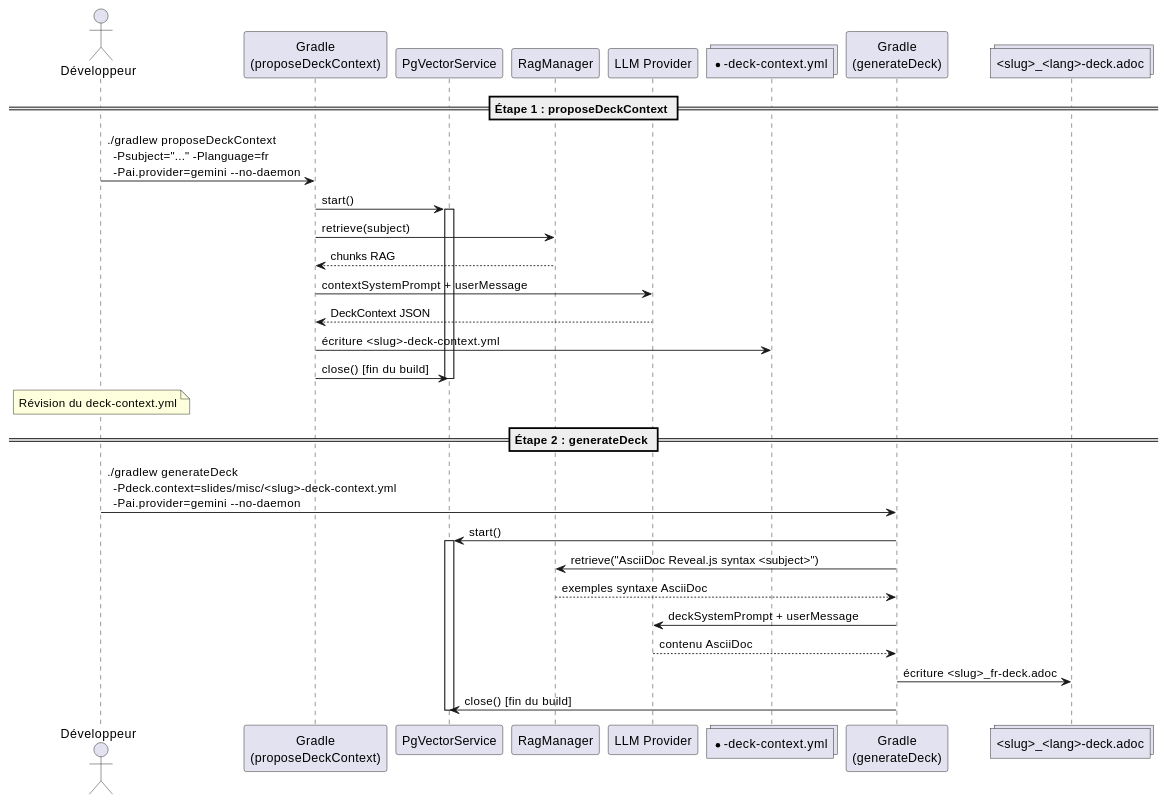
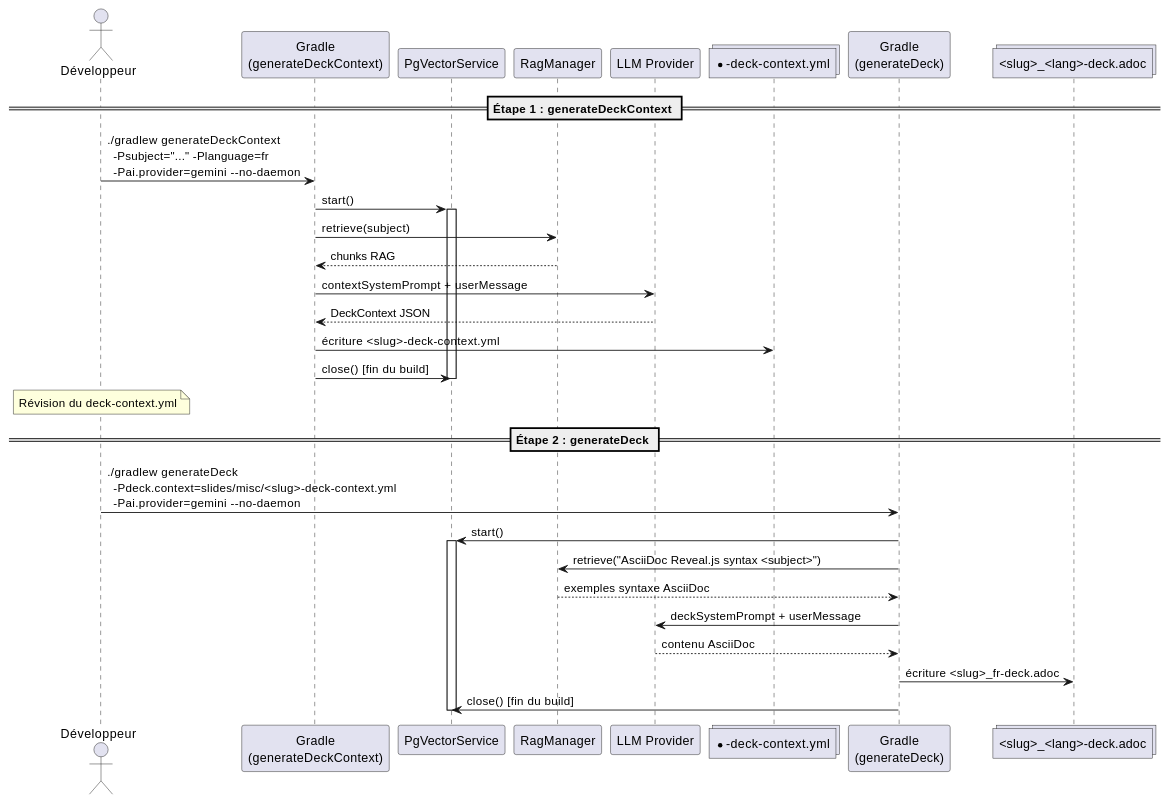
One commit to cheroliv/slider-gradle changed the eighth of 10 diagrams in README_truth_fr.adoc. Above: the diagram before and after it, drawn with PlantUML. The commit also changed other lines of this file and 13 other files, not shown here.

Commit message:
EPIC K K-1: renommage taxonomie (generateSlides, generateDashboard, deploySlides, generateCapsule, generateDeckContext, collectRagIndex) + groupes

```diff
--- a/README_truth_fr.adoc
+++ b/README_truth_fr.adoc
@@ -523,43 +523,43 @@
 [plantuml]
 ----
 @startuml
 actor Développeur
 
-participant "Gradle\n(proposeDeckContext)" as Propose
+participant "Gradle\n(generateDeckContext)" as Propose
 participant "PgVectorService" as PGS
 participant "RagManager" as RAG
 participant "LLM Provider" as LLM
 collections "*-deck-context.yml" as CtxFile
 
 participant "Gradle\n(generateDeck)" as Generate
 collections "<slug>_<lang>-deck.adoc" as DeckFile
 
-== Étape 1 : proposeDeckContext ==
+== Étape 1 : generateDeckContext ==
 
-Développeur -> Propose : ./gradlew proposeDeckContext\n  -Psubject="..." -Planguage=fr\n  -Pai.provider=gemini --no-daemon
+Développeur -> Propose : ./gradlew generateDeckContext\n  -Psubject="..." -Planguage=fr\n  -Pai.provider=gemini --no-daemon
 Propose -> PGS : start()
 activate PGS
 Propose -> RAG : retrieve(subject)
 RAG --> Propose : chunks RAG
 Propose -> LLM : contextSystemPrompt + userMessage
 LLM --> Propose : DeckContext JSON
 Propose -> CtxFile : écriture <slug>-deck-context.yml
 Propose -> PGS : close() [fin du build]
 deactivate PGS
 
 note over Développeur : Révision du deck-context.yml
 
 == Étape 2 : generateDeck ==
 
 Développeur -> Generate : ./gradlew generateDeck\n  -Pdeck.context=slides/misc/<slug>-deck-context.yml\n  -Pai.provider=gemini --no-daemon
 Generate -> PGS : start()
 activate PGS
 Generate -> RAG : retrieve("AsciiDoc Reveal.js syntax <subject>")
 RAG --> Generate : exemples syntaxe AsciiDoc
 Generate -> LLM : deckSystemPrompt + userMessage
 LLM --> Generate : contenu AsciiDoc
 Generate -> DeckFile : écriture <slug>_fr-deck.adoc
 Generate -> PGS : close() [fin du build]
 deactivate PGS
 @enduml
 ----
```
